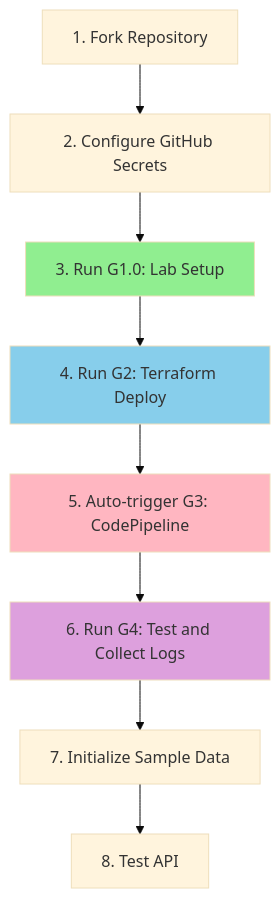
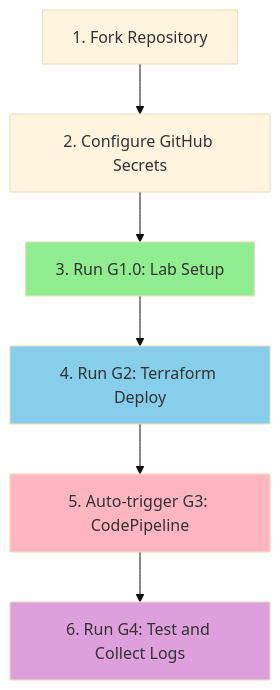
One commit to matei-tm/introspect2B changed the diagram in docs/getting-started.md. Above: the diagram before and after it, drawn with Mermaid (base theme). The commit also changed other lines of this file and 1 other file, not shown here.

````diff
--- a/docs/getting-started.md
+++ b/docs/getting-started.md
@@ -427,15 +427,13 @@
 ```mermaid
 graph TD
     A[1. Fork Repository] --> B[2. Configure GitHub Secrets]
     B --> C[3. Run G1.0: Lab Setup]
     C --> D[4. Run G2: Terraform Deploy]
     D --> E[5. Auto-trigger G3: CodePipeline]
     E --> F[6. Run G4: Test and Collect Logs]
-    F --> G[7. Initialize Sample Data]
-    G --> H[8. Test API]
     
     style C fill:#90EE90
     style D fill:#87CEEB
     style E fill:#FFB6C1
     style F fill:#DDA0DD
 ```
````
